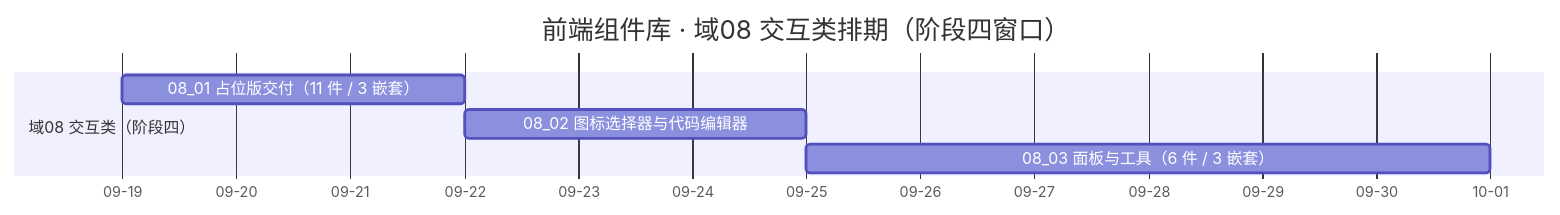
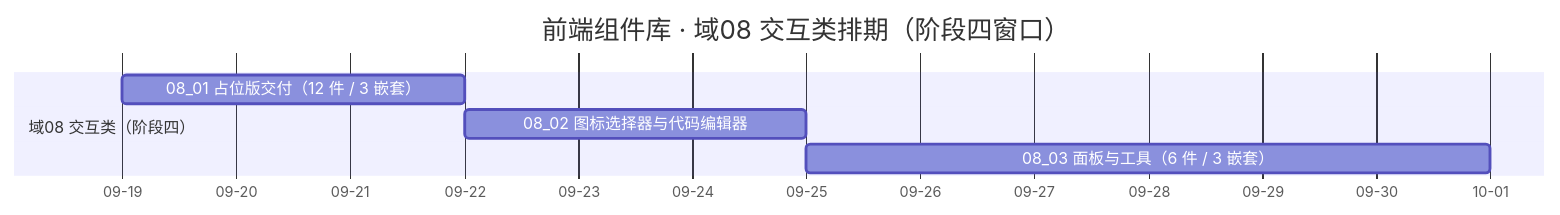
The diagram in bms文档/项目/04_前端组件库/计划/01_计划_前端组件库.md (minjian123/basic-management-system), drawn with Mermaid before and after one commit. The commit also changed other lines of this file and 8 other files, not shown here.

````diff
--- a/bms文档/项目/04_前端组件库/计划/01_计划_前端组件库.md
+++ b/bms文档/项目/04_前端组件库/计划/01_计划_前端组件库.md
@@ -74,10 +74,10 @@
 ```mermaid
 gantt
     title 前端组件库 · 域08 交互类排期（阶段四窗口）
     dateFormat  YYYY-MM-DD
     axisFormat %m-%d
     section 域08 交互类（阶段四）
-    08_01 占位版交付（11 件 / 3 嵌套）  :f01, 2026-09-19, 3d
+    08_01 占位版交付（12 件 / 3 嵌套）  :f01, 2026-09-19, 3d
     08_02 图标选择器与代码编辑器        :f02, 2026-09-22, 3d
     08_03 面板与工具（6 件 / 3 嵌套）   :f03, 2026-09-25, 6d
 ```
````
